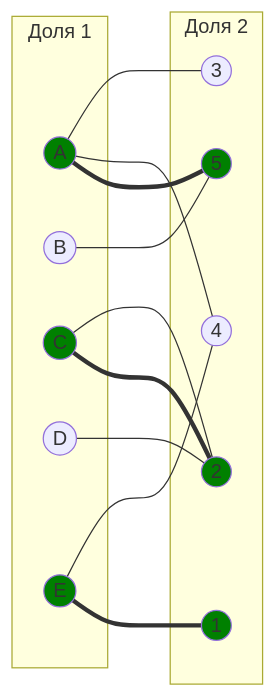
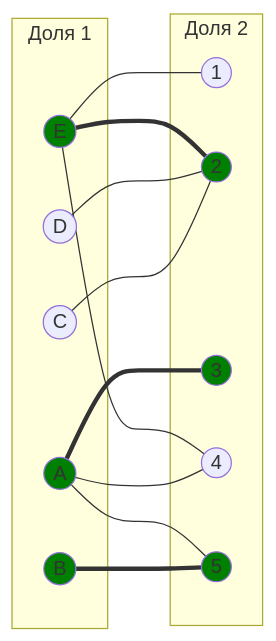
One commit to algos-ris-24-5/manual-tasks changed the third of 11 diagrams in Задание 8/DIVI.md. Above: the diagram before and after it, drawn with Mermaid. The commit also changed other lines of this file, not shown here.

````diff
--- a/Задание 8/DIVI.md
+++ b/Задание 8/DIVI.md
@@ -117,33 +95,33 @@
 ```mermaid
 graph LR
     subgraph "Доля 1"
         A((A))
         B((B))
         C((C))
         D((D))
         E((E))
     end
     subgraph "Доля 2"
         1((1))
         2((2))
         3((3))
         4((4))
         5((5))
     end
-    A --- 3
+    A === 3
     A --- 4
-    B --- 5
+    B === 5
     C --- 2
     D --- 2
+    E --- 1
     E --- 4
-    A === 5
-    C === 2
-    E === 1
+    A --- 5
+    E === 2
     
     style A fill:#008000
-    style C fill:#008000
     style E fill:#008000
-    style 1 fill:#008000
+    style B fill:#008000
     style 2 fill:#008000
+    style 3 fill:#008000
     style 5 fill:#008000
 ```
````
